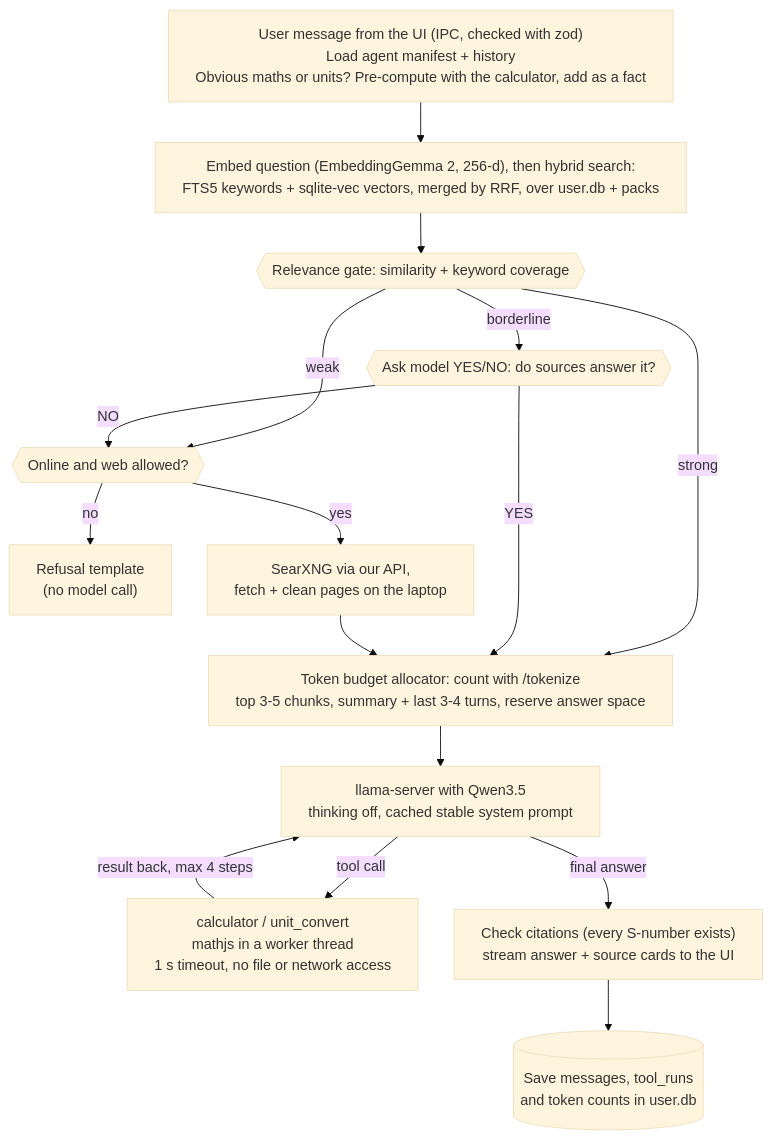
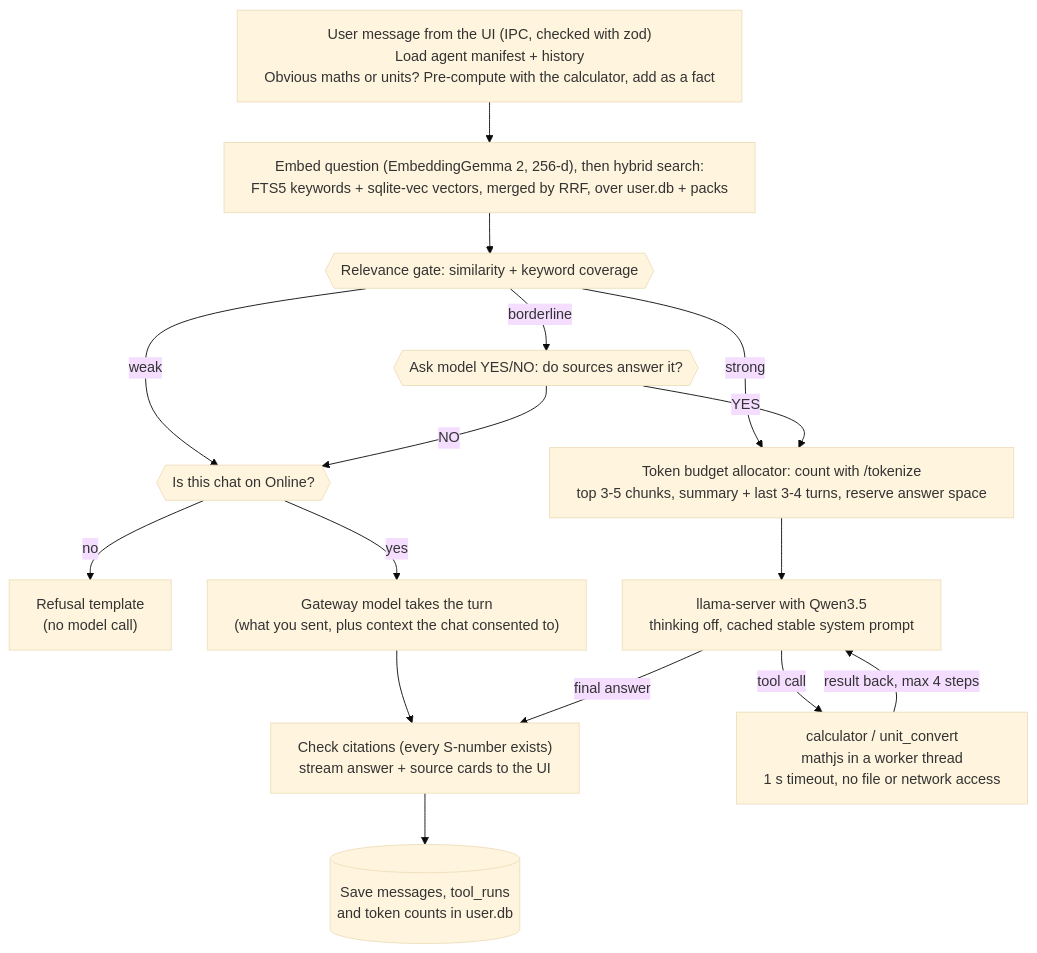
One commit to kslji/synap.ai changed the diagram in docs/ARCHITECTURE-SHORT.md. Above: the diagram before and after it, drawn with Mermaid (base theme). The commit also changed other lines of this file and 14 other files, not shown here.

````diff
--- a/docs/ARCHITECTURE-SHORT.md
+++ b/docs/ARCHITECTURE-SHORT.md
@@ -136,19 +134,19 @@
 ```mermaid
 %%{init: {"flowchart": {"wrappingWidth": 560, "nodeSpacing": 40, "rankSpacing": 45}}}%%
 flowchart TD
   U["User message from the UI (IPC, checked with zod)<br/>Load agent manifest + history<br/>Obvious maths or units? Pre-compute with the calculator, add as a fact"] --> S["Embed question (EmbeddingGemma 2, 256-d), then hybrid search:<br/>FTS5 keywords + sqlite-vec vectors, merged by RRF, over user.db + packs"]
   S --> G{{"Relevance gate: similarity + keyword coverage"}}
   G -->|"borderline"| Y{{"Ask model YES/NO: do sources answer it?"}}
-  G -->|"weak"| W{{"Online and web allowed?"}}
+  G -->|"weak"| W{{"Is this chat on Online?"}}
   Y -->|"NO"| W
   W -->|"no"| R["Refusal template<br/>(no model call)"]
-  W -->|"yes"| WS["SearXNG via our API,<br/>fetch + clean pages on the laptop"]
+  W -->|"yes"| WS["Gateway model takes the turn<br/>(what you sent, plus context the chat consented to)"]
   G -->|"strong"| B["Token budget allocator: count with /tokenize<br/>top 3-5 chunks, summary + last 3-4 turns, reserve answer space"]
   Y -->|"YES"| B
-  WS --> B
+  WS --> V
   B --> M["llama-server with Qwen3.5<br/>thinking off, cached stable system prompt"]
   M -->|"tool call"| CW["calculator / unit_convert<br/>mathjs in a worker thread<br/>1 s timeout, no file or network access"]
   CW -->|"result back, max 4 steps"| M
   M -->|"final answer"| V["Check citations (every S-number exists)<br/>stream answer + source cards to the UI"]
   V --> DB[("Save messages, tool_runs<br/>and token counts in user.db")]
 ```
````
